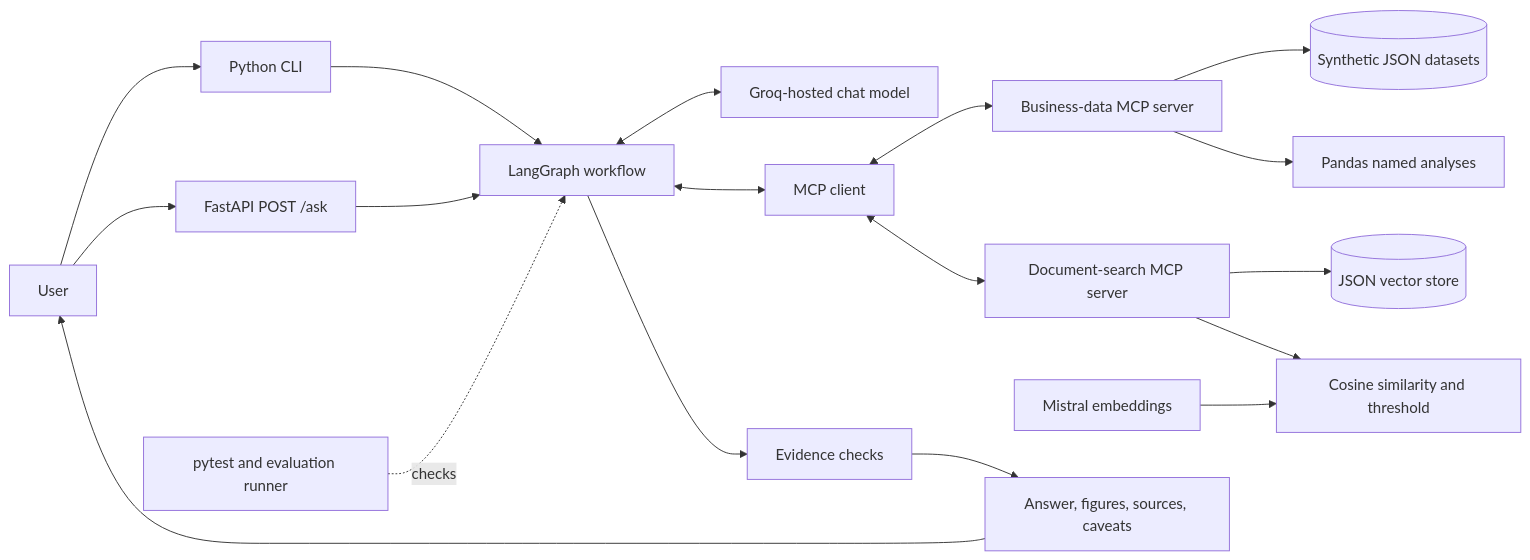
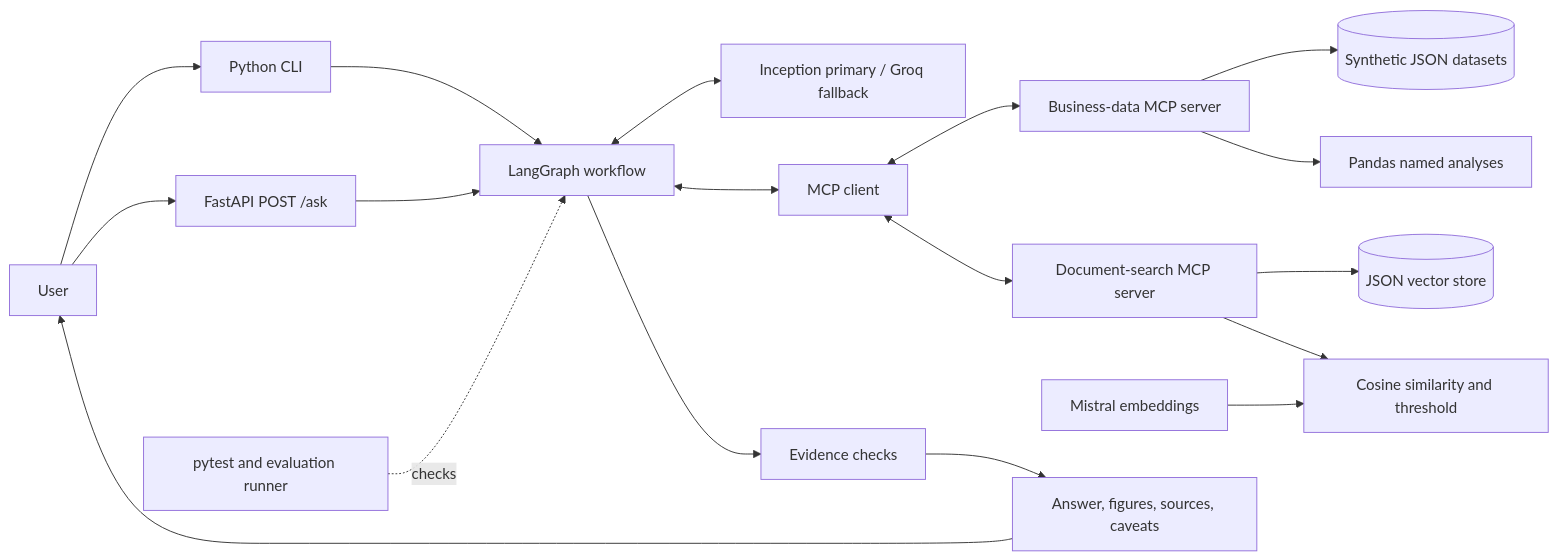
One commit to PhalanndwaZ/Business-Assistant-AI-agent changed the first of 2 diagrams in README.md. Above: the diagram before and after it, drawn with Mermaid. The commit also changed other lines of this file and 21 other files, not shown here.

Commit message:
Added inception model

````diff
--- a/README.md
+++ b/README.md
@@ -30,23 +30,23 @@
 ```mermaid
 flowchart LR
     U[User] --> CLI[Python CLI]
     U --> API[FastAPI POST /ask]
     CLI --> G[LangGraph workflow]
     API --> G
-    G <--> LLM[Groq-hosted chat model]
+    G <--> LLM[Inception primary / Groq fallback]
     G <--> MCPC[MCP client]
 
     MCPC <--> DMCP[Business-data MCP server]
     DMCP --> JSON[(Synthetic JSON datasets)]
     DMCP --> PD[Pandas named analyses]
 
     MCPC <--> RMCP[Document-search MCP server]
     RMCP --> VS[(JSON vector store)]
     RMCP --> RET[Cosine similarity and threshold]
     EMB[Mistral embeddings] --> RET
 
     G --> EC[Evidence checks]
     EC --> OUT[Answer, figures, sources, caveats]
     OUT --> U
     EVAL[pytest and evaluation runner] -. checks .-> G
 ```
````
